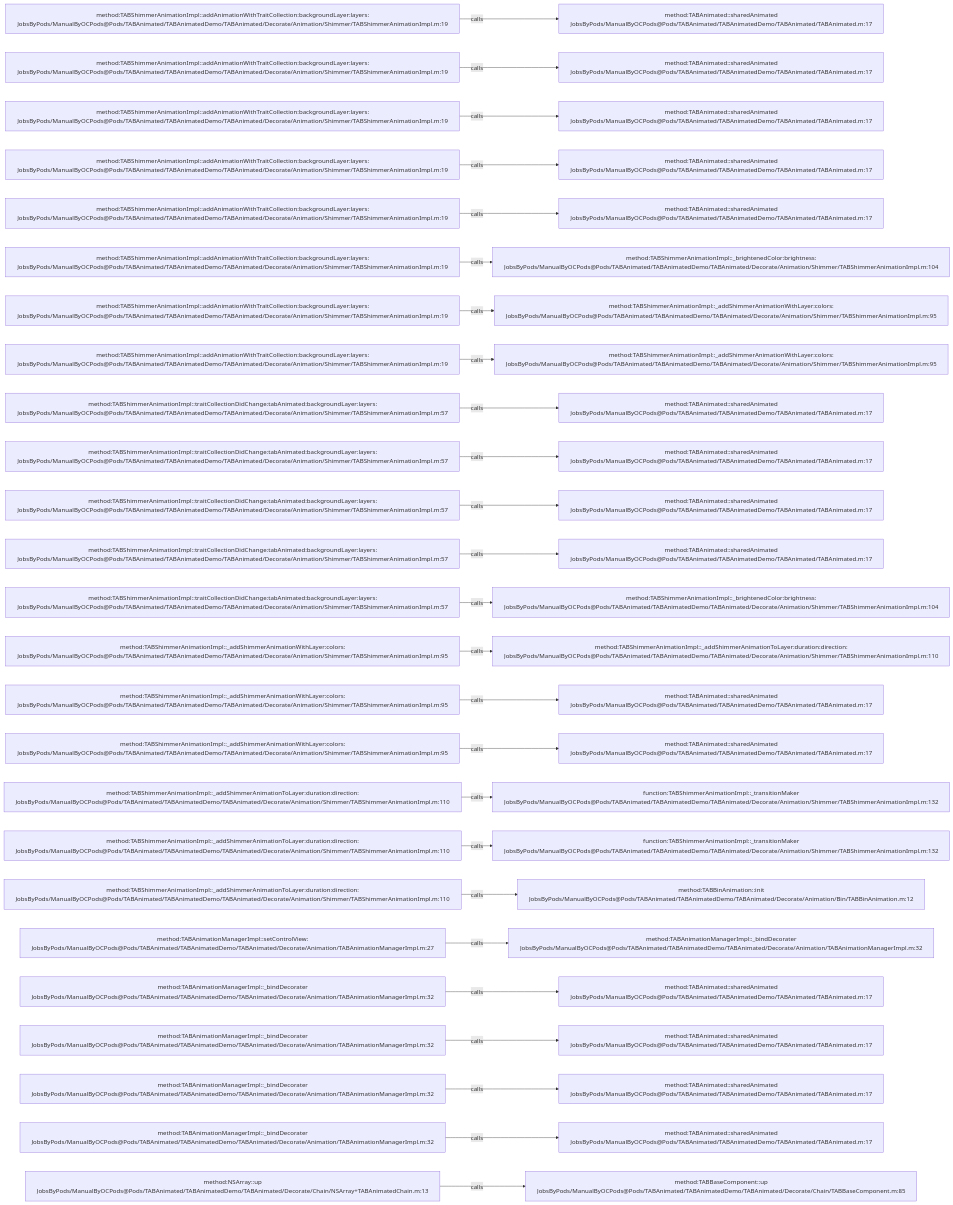
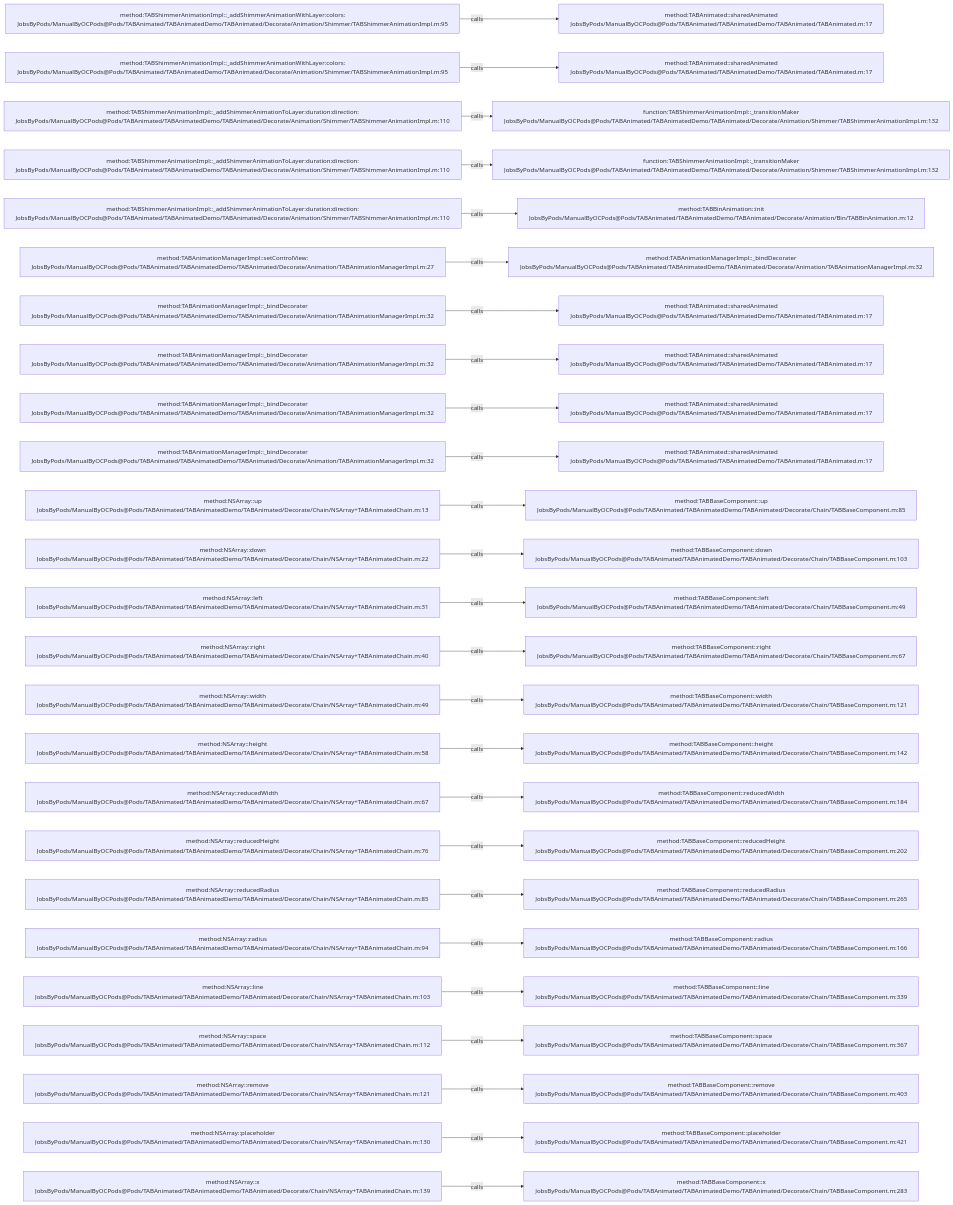
The diagram in .codegraph/codegraph.md/graphs/calls-031.md (JobsKits/JobsOCBaseConfigDemo), drawn with Mermaid before and after one commit. The commit also changed 296 other files, not shown here.

````diff
--- a/.codegraph/codegraph.md/graphs/calls-031.md
+++ b/.codegraph/codegraph.md/graphs/calls-031.md
@@ -13,78 +13,78 @@
 ```mermaid
 flowchart LR
-  S1["method:TABShimmerAnimationImpl::addAnimationWithTraitCollection:backgroundLayer:layers:<br/>JobsByPods/ManualByOCPods@Pods/TABAnimated/TABAnimatedDemo/TABAnimated/Decorate/Animation/Shimmer/TABShimmerAnimationImpl.m:19"]
+  S1["method:TABShimmerAnimationImpl::_addShimmerAnimationWithLayer:colors:<br/>JobsByPods/ManualByOCPods@Pods/TABAnimated/TABAnimatedDemo/TABAnimated/Decorate/Animation/Shimmer/TABShimmerAnimationImpl.m:95"]
   T1["method:TABAnimated::sharedAnimated<br/>JobsByPods/ManualByOCPods@Pods/TABAnimated/TABAnimatedDemo/TABAnimated/TABAnimated.m:17"]
   S1 -->|calls| T1
-  S2["method:TABShimmerAnimationImpl::addAnimationWithTraitCollection:backgroundLayer:layers:<br/>JobsByPods/ManualByOCPods@Pods/TABAnimated/TABAnimatedDemo/TABAnimated/Decorate/Animation/Shimmer/TABShimmerAnimationImpl.m:19"]
+  S2["method:TABShimmerAnimationImpl::_addShimmerAnimationWithLayer:colors:<br/>JobsByPods/ManualByOCPods@Pods/TABAnimated/TABAnimatedDemo/TABAnimated/Decorate/Animation/Shimmer/TABShimmerAnimationImpl.m:95"]
   T2["method:TABAnimated::sharedAnimated<br/>JobsByPods/ManualByOCPods@Pods/TABAnimated/TABAnimatedDemo/TABAnimated/TABAnimated.m:17"]
   S2 -->|calls| T2
-  S3["method:TABShimmerAnimationImpl::addAnimationWithTraitCollection:backgroundLayer:layers:<br/>JobsByPods/ManualByOCPods@Pods/TABAnimated/TABAnimatedDemo/TABAnimated/Decorate/Animation/Shimmer/TABShimmerAnimationImpl.m:19"]
-  T3["method:TABAnimated::sharedAnimated<br/>JobsByPods/ManualByOCPods@Pods/TABAnimated/TABAnimatedDemo/TABAnimated/TABAnimated.m:17"]
+  S3["method:TABShimmerAnimationImpl::_addShimmerAnimationToLayer:duration:direction:<br/>JobsByPods/ManualByOCPods@Pods/TABAnimated/TABAnimatedDemo/TABAnimated/Decorate/Animation/Shimmer/TABShimmerAnimationImpl.m:110"]
+  T3["function:TABShimmerAnimationImpl::_transitionMaker<br/>JobsByPods/ManualByOCPods@Pods/TABAnimated/TABAnimatedDemo/TABAnimated/Decorate/Animation/Shimmer/TABShimmerAnimationImpl.m:132"]
   S3 -->|calls| T3
-  S4["method:TABShimmerAnimationImpl::addAnimationWithTraitCollection:backgroundLayer:layers:<br/>JobsByPods/ManualByOCPods@Pods/TABAnimated/TABAnimatedDemo/TABAnimated/Decorate/Animation/Shimmer/TABShimmerAnimationImpl.m:19"]
-  T4["method:TABAnimated::sharedAnimated<br/>JobsByPods/ManualByOCPods@Pods/TABAnimated/TABAnimatedDemo/TABAnimated/TABAnimated.m:17"]
+  S4["method:TABShimmerAnimationImpl::_addShimmerAnimationToLayer:duration:direction:<br/>JobsByPods/ManualByOCPods@Pods/TABAnimated/TABAnimatedDemo/TABAnimated/Decorate/Animation/Shimmer/TABShimmerAnimationImpl.m:110"]
+  T4["function:TABShimmerAnimationImpl::_transitionMaker<br/>JobsByPods/ManualByOCPods@Pods/TABAnimated/TABAnimatedDemo/TABAnimated/Decorate/Animation/Shimmer/TABShimmerAnimationImpl.m:132"]
   S4 -->|calls| T4
-  S5["method:TABShimmerAnimationImpl::addAnimationWithTraitCollection:backgroundLayer:layers:<br/>JobsByPods/ManualByOCPods@Pods/TABAnimated/TABAnimatedDemo/TABAnimated/Decorate/Animation/Shimmer/TABShimmerAnimationImpl.m:19"]
-  T5["method:TABAnimated::sharedAnimated<br/>JobsByPods/ManualByOCPods@Pods/TABAnimated/TABAnimatedDemo/TABAnimated/TABAnimated.m:17"]
+  S5["method:TABShimmerAnimationImpl::_addShimmerAnimationToLayer:duration:direction:<br/>JobsByPods/ManualByOCPods@Pods/TABAnimated/TABAnimatedDemo/TABAnimated/Decorate/Animation/Shimmer/TABShimmerAnimationImpl.m:110"]
+  T5["method:TABBinAnimation::init<br/>JobsByPods/ManualByOCPods@Pods/TABAnimated/TABAnimatedDemo/TABAnimated/Decorate/Animation/Bin/TABBinAnimation.m:12"]
   S5 -->|calls| T5
-  S6["method:TABShimmerAnimationImpl::addAnimationWithTraitCollection:backgroundLayer:layers:<br/>JobsByPods/ManualByOCPods@Pods/TABAnimated/TABAnimatedDemo/TABAnimated/Decorate/Animation/Shimmer/TABShimmerAnimationImpl.m:19"]
-  T6["method:TABShimmerAnimationImpl::_brightenedColor:brightness:<br/>JobsByPods/ManualByOCPods@Pods/TABAnimated/TABAnimatedDemo/TABAnimated/Decorate/Animation/Shimmer/TABShimmerAnimationImpl.m:104"]
+  S6["method:TABAnimationManagerImpl::setControlView:<br/>JobsByPods/ManualByOCPods@Pods/TABAnimated/TABAnimatedDemo/TABAnimated/Decorate/Animation/TABAnimationManagerImpl.m:27"]
+  T6["method:TABAnimationManagerImpl::_bindDecorater<br/>JobsByPods/ManualByOCPods@Pods/TABAnimated/TABAnimatedDemo/TABAnimated/Decorate/Animation/TABAnimationManagerImpl.m:32"]
   S6 -->|calls| T6
-  S7["method:TABShimmerAnimationImpl::addAnimationWithTraitCollection:backgroundLayer:layers:<br/>JobsByPods/ManualByOCPods@Pods/TABAnimated/TABAnimatedDemo/TABAnimated/Decorate/Animation/Shimmer/TABShimmerAnimationImpl.m:19"]
-  T7["method:TABShimmerAnimationImpl::_addShimmerAnimationWithLayer:colors:<br/>JobsByPods/ManualByOCPods@Pods/TABAnimated/TABAnimatedDemo/TABAnimated/Decorate/Animation/Shimmer/TABShimmerAnimationImpl.m:95"]
+  S7["method:TABAnimationManagerImpl::_bindDecorater<br/>JobsByPods/ManualByOCPods@Pods/TABAnimated/TABAnimatedDemo/TABAnimated/Decorate/Animation/TABAnimationManagerImpl.m:32"]
+  T7["method:TABAnimated::sharedAnimated<br/>JobsByPods/ManualByOCPods@Pods/TABAnimated/TABAnimatedDemo/TABAnimated/TABAnimated.m:17"]
   S7 -->|calls| T7
-  S8["method:TABShimmerAnimationImpl::addAnimationWithTraitCollection:backgroundLayer:layers:<br/>JobsByPods/ManualByOCPods@Pods/TABAnimated/TABAnimatedDemo/TABAnimated/Decorate/Animation/Shimmer/TABShimmerAnimationImpl.m:19"]
-  T8["method:TABShimmerAnimationImpl::_addShimmerAnimationWithLayer:colors:<br/>JobsByPods/ManualByOCPods@Pods/TABAnimated/TABAnimatedDemo/TABAnimated/Decorate/Animation/Shimmer/TABShimmerAnimationImpl.m:95"]
+  S8["method:TABAnimationManagerImpl::_bindDecorater<br/>JobsByPods/ManualByOCPods@Pods/TABAnimated/TABAnimatedDemo/TABAnimated/Decorate/Animation/TABAnimationManagerImpl.m:32"]
+  T8["method:TABAnimated::sharedAnimated<br/>JobsByPods/ManualByOCPods@Pods/TABAnimated/TABAnimatedDemo/TABAnimated/TABAnimated.m:17"]
   S8 -->|calls| T8
-  S9["method:TABShimmerAnimationImpl::traitCollectionDidChange:tabAnimated:backgroundLayer:layers:<br/>JobsByPods/ManualByOCPods@Pods/TABAnimated/TABAnimatedDemo/TABAnimated/Decorate/Animation/Shimmer/TABShimmerAnimationImpl.m:57"]
+  S9["method:TABAnimationManagerImpl::_bindDecorater<br/>JobsByPods/ManualByOCPods@Pods/TABAnimated/TABAnimatedDemo/TABAnimated/Decorate/Animation/TABAnimationManagerImpl.m:32"]
   T9["method:TABAnimated::sharedAnimated<br/>JobsByPods/ManualByOCPods@Pods/TABAnimated/TABAnimatedDemo/TABAnimated/TABAnimated.m:17"]
   S9 -->|calls| T9
-  S10["method:TABShimmerAnimationImpl::traitCollectionDidChange:tabAnimated:backgroundLayer:layers:<br/>JobsByPods/ManualByOCPods@Pods/TABAnimated/TABAnimatedDemo/TABAnimated/Decorate/Animation/Shimmer/TABShimmerAnimationImpl.m:57"]
+  S10["method:TABAnimationManagerImpl::_bindDecorater<br/>JobsByPods/ManualByOCPods@Pods/TABAnimated/TABAnimatedDemo/TABAnimated/Decorate/Animation/TABAnimationManagerImpl.m:32"]
   T10["method:TABAnimated::sharedAnimated<br/>JobsByPods/ManualByOCPods@Pods/TABAnimated/TABAnimatedDemo/TABAnimated/TABAnimated.m:17"]
   S10 -->|calls| T10
-  S11["method:TABShimmerAnimationImpl::traitCollectionDidChange:tabAnimated:backgroundLayer:layers:<br/>JobsByPods/ManualByOCPods@Pods/TABAnimated/TABAnimatedDemo/TABAnimated/Decorate/Animation/Shimmer/TABShimmerAnimationImpl.m:57"]
-  T11["method:TABAnimated::sharedAnimated<br/>JobsByPods/ManualByOCPods@Pods/TABAnimated/TABAnimatedDemo/TABAnimated/TABAnimated.m:17"]
+  S11["method:NSArray::up<br/>JobsByPods/ManualByOCPods@Pods/TABAnimated/TABAnimatedDemo/TABAnimated/Decorate/Chain/NSArray+TABAnimatedChain.m:13"]
+  T11["method:TABBaseComponent::up<br/>JobsByPods/ManualByOCPods@Pods/TABAnimated/TABAnimatedDemo/TABAnimated/Decorate/Chain/TABBaseComponent.m:85"]
   S11 -->|calls| T11
-  S12["method:TABShimmerAnimationImpl::traitCollectionDidChange:tabAnimated:backgroundLayer:layers:<br/>JobsByPods/ManualByOCPods@Pods/TABAnimated/TABAnimatedDemo/TABAnimated/Decorate/Animation/Shimmer/TABShimmerAnimationImpl.m:57"]
-  T12["method:TABAnimated::sharedAnimated<br/>JobsByPods/ManualByOCPods@Pods/TABAnimated/TABAnimatedDemo/TABAnimated/TABAnimated.m:17"]
+  S12["method:NSArray::down<br/>JobsByPods/ManualByOCPods@Pods/TABAnimated/TABAnimatedDemo/TABAnimated/Decorate/Chain/NSArray+TABAnimatedChain.m:22"]
+  T12["method:TABBaseComponent::down<br/>JobsByPods/ManualByOCPods@Pods/TABAnimated/TABAnimatedDemo/TABAnimated/Decorate/Chain/TABBaseComponent.m:103"]
   S12 -->|calls| T12
-  S13["method:TABShimmerAnimationImpl::traitCollectionDidChange:tabAnimated:backgroundLayer:layers:<br/>JobsByPods/ManualByOCPods@Pods/TABAnimated/TABAnimatedDemo/TABAnimated/Decorate/Animation/Shimmer/TABShimmerAnimationImpl.m:57"]
-  T13["method:TABShimmerAnimationImpl::_brightenedColor:brightness:<br/>JobsByPods/ManualByOCPods@Pods/TABAnimated/TABAnimatedDemo/TABAnimated/Decorate/Animation/Shimmer/TABShimmerAnimationImpl.m:104"]
+  S13["method:NSArray::left<br/>JobsByPods/ManualByOCPods@Pods/TABAnimated/TABAnimatedDemo/TABAnimated/Decorate/Chain/NSArray+TABAnimatedChain.m:31"]
+  T13["method:TABBaseComponent::left<br/>JobsByPods/ManualByOCPods@Pods/TABAnimated/TABAnimatedDemo/TABAnimated/Decorate/Chain/TABBaseComponent.m:49"]
   S13 -->|calls| T13
-  S14["method:TABShimmerAnimationImpl::_addShimmerAnimationWithLayer:colors:<br/>JobsByPods/ManualByOCPods@Pods/TABAnimated/TABAnimatedDemo/TABAnimated/Decorate/Animation/Shimmer/TABShimmerAnimationImpl.m:95"]
-  T14["method:TABShimmerAnimationImpl::_addShimmerAnimationToLayer:duration:direction:<br/>JobsByPods/ManualByOCPods@Pods/TABAnimated/TABAnimatedDemo/TABAnimated/Decorate/Animation/Shimmer/TABShimmerAnimationImpl.m:110"]
+  S14["method:NSArray::right<br/>JobsByPods/ManualByOCPods@Pods/TABAnimated/TABAnimatedDemo/TABAnimated/Decorate/Chain/NSArray+TABAnimatedChain.m:40"]
+  T14["method:TABBaseComponent::right<br/>JobsByPods/ManualByOCPods@Pods/TABAnimated/TABAnimatedDemo/TABAnimated/Decorate/Chain/TABBaseComponent.m:67"]
   S14 -->|calls| T14
-  S15["method:TABShimmerAnimationImpl::_addShimmerAnimationWithLayer:colors:<br/>JobsByPods/ManualByOCPods@Pods/TABAnimated/TABAnimatedDemo/TABAnimated/Decorate/Animation/Shimmer/TABShimmerAnimationImpl.m:95"]
-  T15["method:TABAnimated::sharedAnimated<br/>JobsByPods/ManualByOCPods@Pods/TABAnimated/TABAnimatedDemo/TABAnimated/TABAnimated.m:17"]
+  S15["method:NSArray::width<br/>JobsByPods/ManualByOCPods@Pods/TABAnimated/TABAnimatedDemo/TABAnimated/Decorate/Chain/NSArray+TABAnimatedChain.m:49"]
+  T15["method:TABBaseComponent::width<br/>JobsByPods/ManualByOCPods@Pods/TABAnimated/TABAnimatedDemo/TABAnimated/Decorate/Chain/TABBaseComponent.m:121"]
   S15 -->|calls| T15
-  S16["method:TABShimmerAnimationImpl::_addShimmerAnimationWithLayer:colors:<br/>JobsByPods/ManualByOCPods@Pods/TABAnimated/TABAnimatedDemo/TABAnimated/Decorate/Animation/Shimmer/TABShimmerAnimationImpl.m:95"]
-  T16["method:TABAnimated::sharedAnimated<br/>JobsByPods/ManualByOCPods@Pods/TABAnimated/TABAnimatedDemo/TABAnimated/TABAnimated.m:17"]
+  S16["method:NSArray::height<br/>JobsByPods/ManualByOCPods@Pods/TABAnimated/TABAnimatedDemo/TABAnimated/Decorate/Chain/NSArray+TABAnimatedChain.m:58"]
+  T16["method:TABBaseComponent::height<br/>JobsByPods/ManualByOCPods@Pods/TABAnimated/TABAnimatedDemo/TABAnimated/Decorate/Chain/TABBaseComponent.m:142"]
   S16 -->|calls| T16
-  S17["method:TABShimmerAnimationImpl::_addShimmerAnimationToLayer:duration:direction:<br/>JobsByPods/ManualByOCPods@Pods/TABAnimated/TABAnimatedDemo/TABAnimated/Decorate/Animation/Shimmer/TABShimmerAnimationImpl.m:110"]
-  T17["function:TABShimmerAnimationImpl::_transitionMaker<br/>JobsByPods/ManualByOCPods@Pods/TABAnimated/TABAnimatedDemo/TABAnimated/Decorate/Animation/Shimmer/TABShimmerAnimationImpl.m:132"]
+  S17["method:NSArray::reducedWidth<br/>JobsByPods/ManualByOCPods@Pods/TABAnimated/TABAnimatedDemo/TABAnimated/Decorate/Chain/NSArray+TABAnimatedChain.m:67"]
+  T17["method:TABBaseComponent::reducedWidth<br/>JobsByPods/ManualByOCPods@Pods/TABAnimated/TABAnimatedDemo/TABAnimated/Decorate/Chain/TABBaseComponent.m:184"]
   S17 -->|calls| T17
-  S18["method:TABShimmerAnimationImpl::_addShimmerAnimationToLayer:duration:direction:<br/>JobsByPods/ManualByOCPods@Pods/TABAnimated/TABAnimatedDemo/TABAnimated/Decorate/Animation/Shimmer/TABShimmerAnimationImpl.m:110"]
-  T18["function:TABShimmerAnimationImpl::_transitionMaker<br/>JobsByPods/ManualByOCPods@Pods/TABAnimated/TABAnimatedDemo/TABAnimated/Decorate/Animation/Shimmer/TABShimmerAnimationImpl.m:132"]
+  S18["method:NSArray::reducedHeight<br/>JobsByPods/ManualByOCPods@Pods/TABAnimated/TABAnimatedDemo/TABAnimated/Decorate/Chain/NSArray+TABAnimatedChain.m:76"]
+  T18["method:TABBaseComponent::reducedHeight<br/>JobsByPods/ManualByOCPods@Pods/TABAnimated/TABAnimatedDemo/TABAnimated/Decorate/Chain/TABBaseComponent.m:202"]
   S18 -->|calls| T18
-  S19["method:TABShimmerAnimationImpl::_addShimmerAnimationToLayer:duration:direction:<br/>JobsByPods/ManualByOCPods@Pods/TABAnimated/TABAnimatedDemo/TABAnimated/Decorate/Animation/Shimmer/TABShimmerAnimationImpl.m:110"]
-  T19["method:TABBinAnimation::init<br/>JobsByPods/ManualByOCPods@Pods/TABAnimated/TABAnimatedDemo/TABAnimated/Decorate/Animation/Bin/TABBinAnimation.m:12"]
+  S19["method:NSArray::reducedRadius<br/>JobsByPods/ManualByOCPods@Pods/TABAnimated/TABAnimatedDemo/TABAnimated/Decorate/Chain/NSArray+TABAnimatedChain.m:85"]
+  T19["method:TABBaseComponent::reducedRadius<br/>JobsByPods/ManualByOCPods@Pods/TABAnimated/TABAnimatedDemo/TABAnimated/Decorate/Chain/TABBaseComponent.m:265"]
   S19 -->|calls| T19
-  S20["method:TABAnimationManagerImpl::setControlView:<br/>JobsByPods/ManualByOCPods@Pods/TABAnimated/TABAnimatedDemo/TABAnimated/Decorate/Animation/TABAnimationManagerImpl.m:27"]
-  T20["method:TABAnimationManagerImpl::_bindDecorater<br/>JobsByPods/ManualByOCPods@Pods/TABAnimated/TABAnimatedDemo/TABAnimated/Decorate/Animation/TABAnimationManagerImpl.m:32"]
+  S20["method:NSArray::radius<br/>JobsByPods/ManualByOCPods@Pods/TABAnimated/TABAnimatedDemo/TABAnimated/Decorate/Chain/NSArray+TABAnimatedChain.m:94"]
+  T20["method:TABBaseComponent::radius<br/>JobsByPods/ManualByOCPods@Pods/TABAnimated/TABAnimatedDemo/TABAnimated/Decorate/Chain/TABBaseComponent.m:166"]
   S20 -->|calls| T20
-  S21["method:TABAnimationManagerImpl::_bindDecorater<br/>JobsByPods/ManualByOCPods@Pods/TABAnimated/TABAnimatedDemo/TABAnimated/Decorate/Animation/TABAnimationManagerImpl.m:32"]
-  T21["method:TABAnimated::sharedAnimated<br/>JobsByPods/ManualByOCPods@Pods/TABAnimated/TABAnimatedDemo/TABAnimated/TABAnimated.m:17"]
+  S21["method:NSArray::line<br/>JobsByPods/ManualByOCPods@Pods/TABAnimated/TABAnimatedDemo/TABAnimated/Decorate/Chain/NSArray+TABAnimatedChain.m:103"]
+  T21["method:TABBaseComponent::line<br/>JobsByPods/ManualByOCPods@Pods/TABAnimated/TABAnimatedDemo/TABAnimated/Decorate/Chain/TABBaseComponent.m:339"]
   S21 -->|calls| T21
-  S22["method:TABAnimationManagerImpl::_bindDecorater<br/>JobsByPods/ManualByOCPods@Pods/TABAnimated/TABAnimatedDemo/TABAnimated/Decorate/Animation/TABAnimationManagerImpl.m:32"]
-  T22["method:TABAnimated::sharedAnimated<br/>JobsByPods/ManualByOCPods@Pods/TABAnimated/TABAnimatedDemo/TABAnimated/TABAnimated.m:17"]
+  S22["method:NSArray::space<br/>JobsByPods/ManualByOCPods@Pods/TABAnimated/TABAnimatedDemo/TABAnimated/Decorate/Chain/NSArray+TABAnimatedChain.m:112"]
+  T22["method:TABBaseComponent::space<br/>JobsByPods/ManualByOCPods@Pods/TABAnimated/TABAnimatedDemo/TABAnimated/Decorate/Chain/TABBaseComponent.m:367"]
   S22 -->|calls| T22
-  S23["method:TABAnimationManagerImpl::_bindDecorater<br/>JobsByPods/ManualByOCPods@Pods/TABAnimated/TABAnimatedDemo/TABAnimated/Decorate/Animation/TABAnimationManagerImpl.m:32"]
-  T23["method:TABAnimated::sharedAnimated<br/>JobsByPods/ManualByOCPods@Pods/TABAnimated/TABAnimatedDemo/TABAnimated/TABAnimated.m:17"]
+  S23["method:NSArray::remove<br/>JobsByPods/ManualByOCPods@Pods/TABAnimated/TABAnimatedDemo/TABAnimated/Decorate/Chain/NSArray+TABAnimatedChain.m:121"]
+  T23["method:TABBaseComponent::remove<br/>JobsByPods/ManualByOCPods@Pods/TABAnimated/TABAnimatedDemo/TABAnimated/Decorate/Chain/TABBaseComponent.m:403"]
   S23 -->|calls| T23
-  S24["method:TABAnimationManagerImpl::_bindDecorater<br/>JobsByPods/ManualByOCPods@Pods/TABAnimated/TABAnimatedDemo/TABAnimated/Decorate/Animation/TABAnimationManagerImpl.m:32"]
-  T24["method:TABAnimated::sharedAnimated<br/>JobsByPods/ManualByOCPods@Pods/TABAnimated/TABAnimatedDemo/TABAnimated/TABAnimated.m:17"]
+  S24["method:NSArray::placeholder<br/>JobsByPods/ManualByOCPods@Pods/TABAnimated/TABAnimatedDemo/TABAnimated/Decorate/Chain/NSArray+TABAnimatedChain.m:130"]
+  T24["method:TABBaseComponent::placeholder<br/>JobsByPods/ManualByOCPods@Pods/TABAnimated/TABAnimatedDemo/TABAnimated/Decorate/Chain/TABBaseComponent.m:421"]
   S24 -->|calls| T24
-  S25["method:NSArray::up<br/>JobsByPods/ManualByOCPods@Pods/TABAnimated/TABAnimatedDemo/TABAnimated/Decorate/Chain/NSArray+TABAnimatedChain.m:13"]
-  T25["method:TABBaseComponent::up<br/>JobsByPods/ManualByOCPods@Pods/TABAnimated/TABAnimatedDemo/TABAnimated/Decorate/Chain/TABBaseComponent.m:85"]
+  S25["method:NSArray::x<br/>JobsByPods/ManualByOCPods@Pods/TABAnimated/TABAnimatedDemo/TABAnimated/Decorate/Chain/NSArray+TABAnimatedChain.m:139"]
+  T25["method:TABBaseComponent::x<br/>JobsByPods/ManualByOCPods@Pods/TABAnimated/TABAnimatedDemo/TABAnimated/Decorate/Chain/TABBaseComponent.m:283"]
   S25 -->|calls| T25
 ```
````
